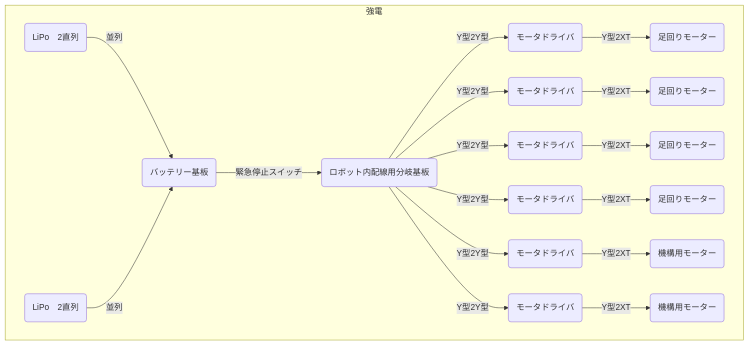
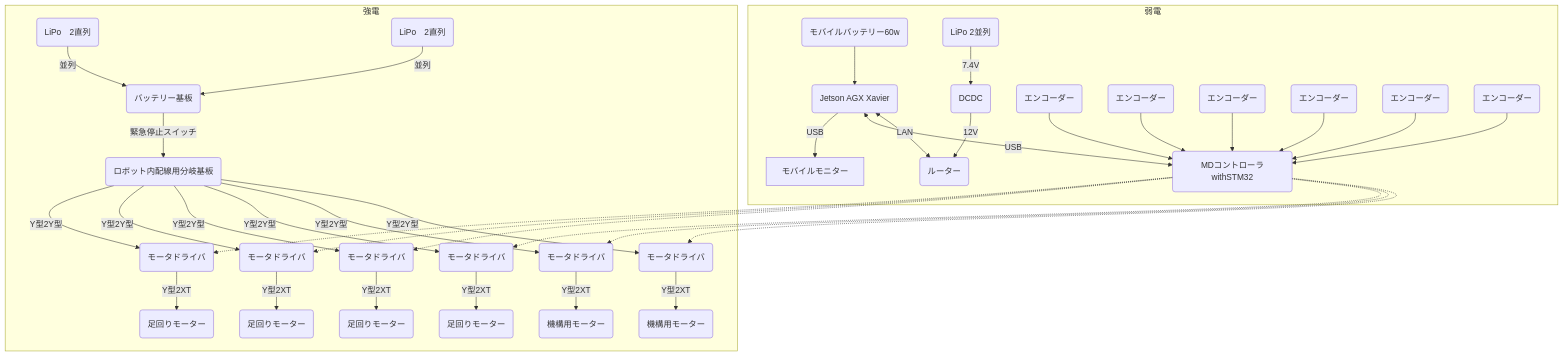
One commit to TakanoTaiga/Robo2022 changed the second of 2 diagrams in README.md. Above: the diagram before and after it, drawn with Mermaid.

````diff
--- a/README.md
+++ b/README.md
@@ -77,21 +77,45 @@
 ```mermaid
 flowchart TD
 subgraph 強電
 id1(LiPo　2直列) -- 並列 --> id3(バッテリー基板)
 id2(LiPo　2直列) -- 並列 --> id3
 id3 -- 緊急停止スイッチ --> id4(ロボット内配線用分岐基板)
 id4 -- Y型2Y型 --> id5(モータドライバ)
 id4 -- Y型2Y型 --> id6(モータドライバ)
 id4 -- Y型2Y型 --> id7(モータドライバ)
 id4 -- Y型2Y型 --> id8(モータドライバ)
 id4 -- Y型2Y型 --> id9(モータドライバ)
 id4 -- Y型2Y型 --> id10(モータドライバ)
 
 id5 -- Y型2XT --> id11(足回りモーター)
 id6 -- Y型2XT --> id12(足回りモーター)
 id7 -- Y型2XT --> id13(足回りモーター)
 id8 -- Y型2XT --> id14(足回りモーター)
 id9 -- Y型2XT --> id15(機構用モーター)
 id10 -- Y型2XT --> id16(機構用モーター)
 end
+
+subgraph 弱電
+id17(モバイルバッテリー60w) --> id18(Jetson AGX Xavier)
+id18 -- USB --> モバイルモニター
+id18 <-- USB --> id19(MDコントローラwithSTM32)
+id18 <-- LAN --> id20(ルーター)
+id21(LiPo 2並列) -- 7.4V --> id22(DCDC)
+id22 -- 12V --> id20
+
+id19 .-> id5
+id19 .-> id6
+id19 .-> id7
+id19 .-> id8
+id19 .-> id9
+id19 .-> id10
+
+id23(エンコーダー) --> id19
+id24(エンコーダー) --> id19
+id25(エンコーダー) --> id19
+id26(エンコーダー) --> id19
+id27(エンコーダー) --> id19
+id28(エンコーダー) --> id19
+
+end
 ```
````
